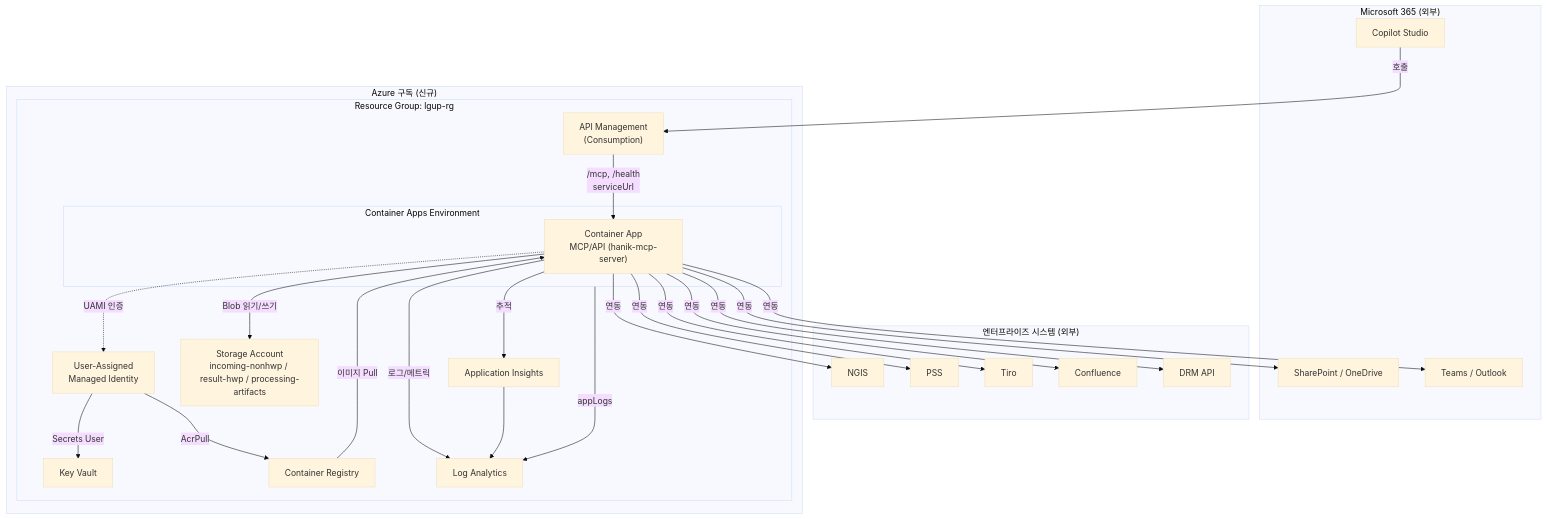
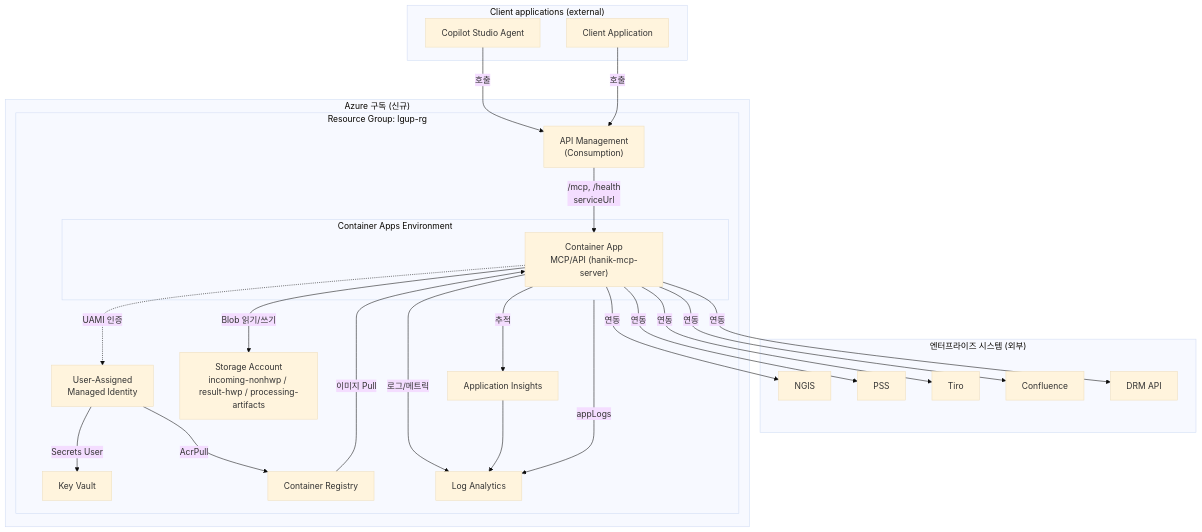
Before and after one commit to MSFT-AI-BUILD-INTERNAL/lgup-m365-mcp: the first of 2 diagrams in docs/azure-deployment-guide.md, drawn with Mermaid (base theme). The commit also changed other lines of this file and 15 other files, not shown here.

````diff
--- a/docs/azure-deployment-guide.md
+++ b/docs/azure-deployment-guide.md
@@ -46,55 +46,53 @@
 ```mermaid
 flowchart TB
-    subgraph M365["Microsoft 365 (외부)"]
-        CS[Copilot Studio]
-        SP[SharePoint / OneDrive]
-        TM[Teams / Outlook]
+    subgraph CLIENT["Client applications (external)"]
+        CS[Copilot Studio Agent]
+        CA[Client Application]
     end
 
     subgraph ENT["엔터프라이즈 시스템 (외부)"]
         NGIS[NGIS]
         PSS[PSS]
         TIRO[Tiro]
         CONF[Confluence]
         DRM[DRM API]
     end
 
     subgraph SUB["Azure 구독 (신규)"]
         subgraph RG["Resource Group: lgup-rg"]
             APIM["API Management<br/>(Consumption)"]
 
             subgraph CAE["Container Apps Environment"]
                 APP["Container App<br/>MCP/API (hanik-mcp-server)"]
             end
 
             UAMI["User-Assigned<br/>Managed Identity"]
             KV["Key Vault"]
             ST["Storage Account<br/>incoming-nonhwp / result-hwp / processing-artifacts"]
             ACR["Container Registry"]
             LAW["Log Analytics"]
             APPI["Application Insights"]
         end
     end
 
     CS -->|호출| APIM
+    CA -->|호출| APIM
     APIM -->|"/mcp, /health<br/>serviceUrl"| APP
 
     APP -.->|UAMI 인증| UAMI
     UAMI -->|Secrets User| KV
     UAMI -->|AcrPull| ACR
     ACR -->|이미지 Pull| APP
 
     APP -->|Blob 읽기/쓰기| ST
     APP -->|로그/메트릭| LAW
     APP -->|추적| APPI
     APPI --> LAW
     CAE -->|appLogs| LAW
 
-    APP -->|연동| SP
-    APP -->|연동| TM
     APP -->|연동| NGIS
     APP -->|연동| PSS
     APP -->|연동| TIRO
     APP -->|연동| CONF
     APP -->|연동| DRM
 ```
````
